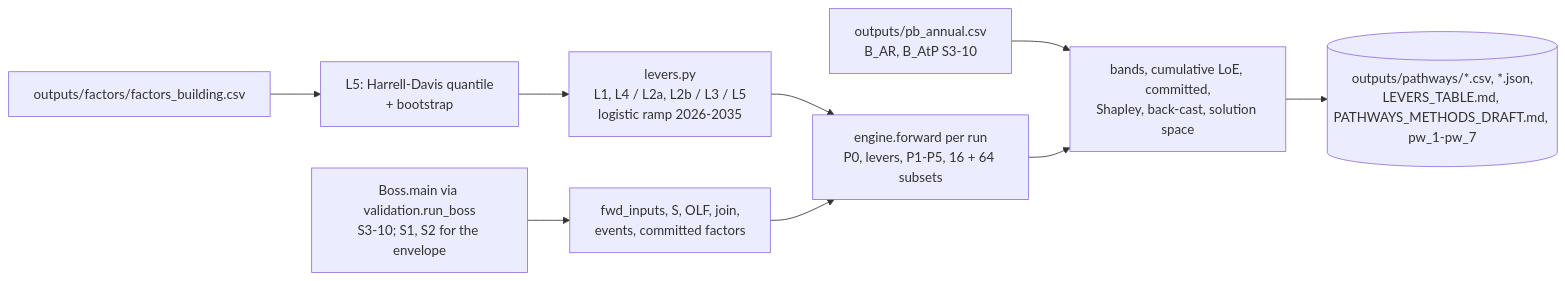
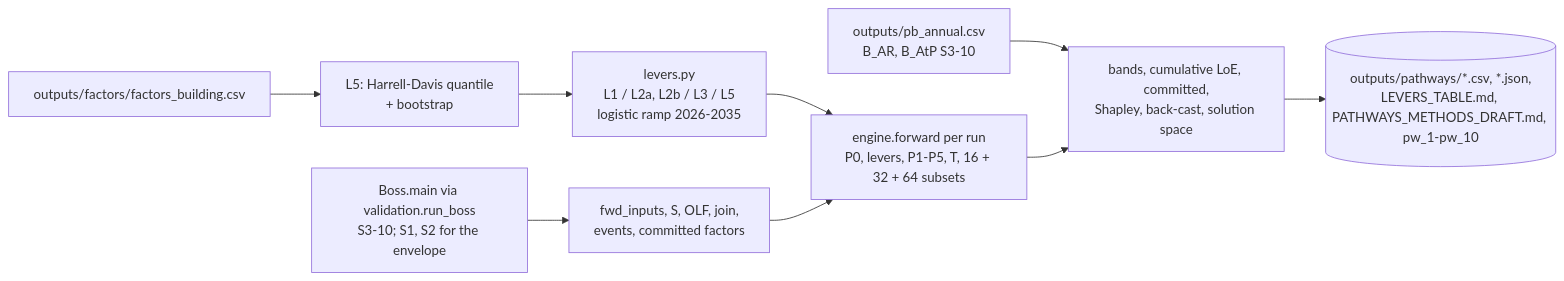
The third of 3 diagrams in ARCHITECTURE.md (GerasimosChristoforatos/Pathway-Paper), drawn with Mermaid before and after one commit. The commit also changed other lines of this file and 21 other files, not shown here.

````diff
--- a/ARCHITECTURE.md
+++ b/ARCHITECTURE.md
@@ -376,11 +376,11 @@
 ```mermaid
 flowchart LR
     BOSS[Boss.main via validation.run_boss<br/>S3-10; S1, S2 for the envelope] --> CTX[fwd_inputs, S, OLF, join,<br/>events, committed factors]
     FB[outputs/factors/factors_building.csv] --> L5[L5: Harrell-Davis quantile<br/>+ bootstrap]
-    LEV[levers.py<br/>L1, L4 / L2a, L2b / L3 / L5<br/>logistic ramp 2026-2035] --> RUN
+    LEV[levers.py<br/>L1 / L2a, L2b / L3 / L5<br/>logistic ramp 2026-2035] --> RUN
     L5 --> LEV
-    CTX --> RUN[engine.forward per run<br/>P0, levers, P1-P5, 16 + 64 subsets]
+    CTX --> RUN[engine.forward per run<br/>P0, levers, P1-P5, T, 16 + 32 + 64 subsets]
     PBA[outputs/pb_annual.csv<br/>B_AR, B_AtP S3-10] --> GAP
     RUN --> GAP[bands, cumulative LoE, committed,<br/>Shapley, back-cast, solution space]
-    GAP --> OUTP[(outputs/pathways/*.csv, *.json,<br/>LEVERS_TABLE.md, PATHWAYS_METHODS_DRAFT.md, pw_1-pw_7)]
+    GAP --> OUTP[(outputs/pathways/*.csv, *.json,<br/>LEVERS_TABLE.md, PATHWAYS_METHODS_DRAFT.md, pw_1-pw_10)]
 ```
````
